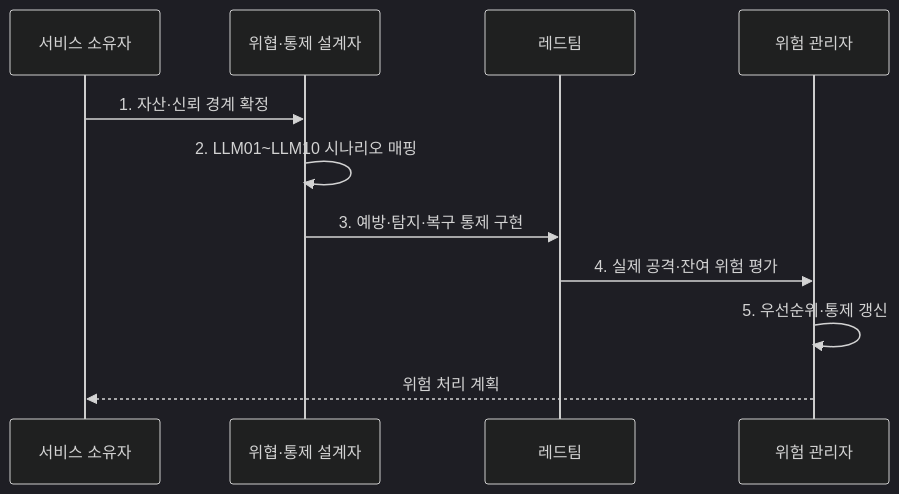
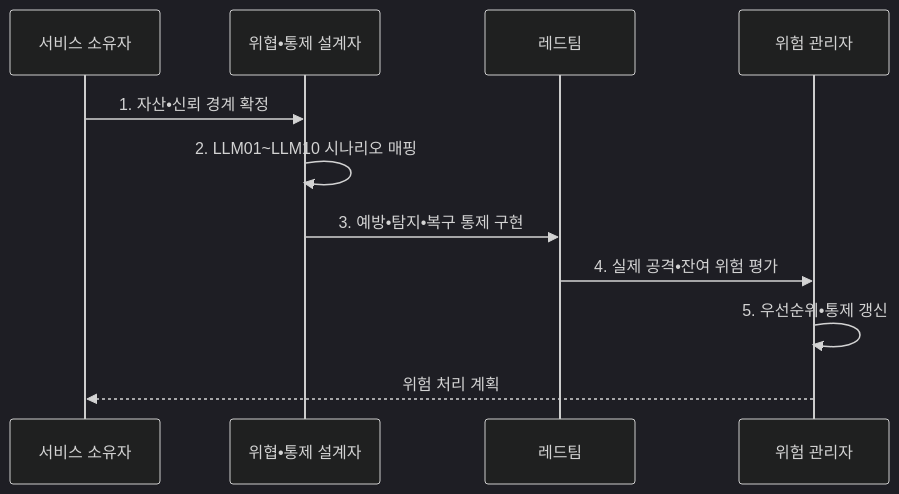
One commit to agnusdei1207/knowledge-base changed the diagram in src/content/docs/notes/05-security/088_owasp_llm_top_10.md. Above: the diagram before and after it, drawn with Mermaid (dark theme). The commit also changed other lines of this file and 953 other files, not shown here.

````diff
--- a/src/content/docs/notes/05-security/088_owasp_llm_top_10.md
+++ b/src/content/docs/notes/05-security/088_owasp_llm_top_10.md
@@ -84,13 +84,13 @@
 ```mermaid
 sequenceDiagram
     participant O as 서비스 소유자
-    participant C as 위협·통제 설계자
+    participant C as 위협•통제 설계자
     participant R as 레드팀
     participant G as 위험 관리자
-    O->>C: 1. 자산·신뢰 경계 확정
+    O->>C: 1. 자산•신뢰 경계 확정
     C->>C: 2. LLM01~LLM10 시나리오 매핑
-    C->>R: 3. 예방·탐지·복구 통제 구현
-    R->>G: 4. 실제 공격·잔여 위험 평가
-    G->>G: 5. 우선순위·통제 갱신
+    C->>R: 3. 예방•탐지•복구 통제 구현
+    R->>G: 4. 실제 공격•잔여 위험 평가
+    G->>G: 5. 우선순위•통제 갱신
     G-->>O: 위험 처리 계획
 ```
````
